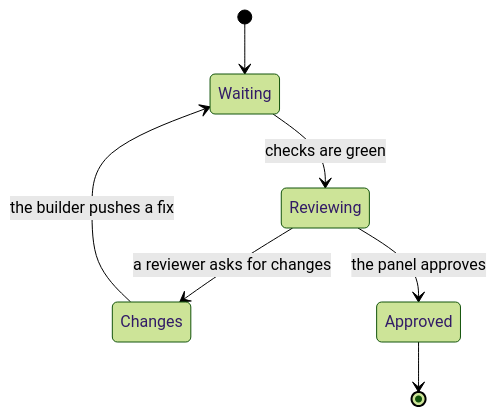
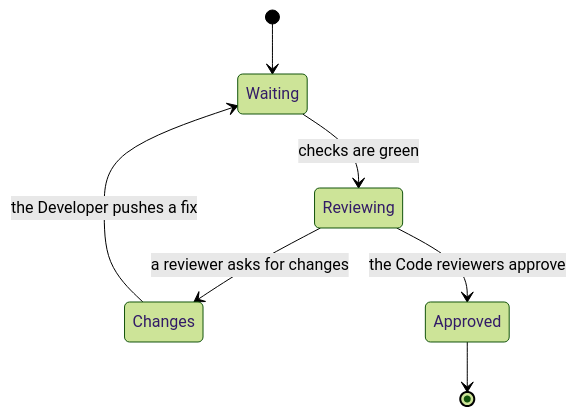
One commit to shinyredapples/intakt changed the fifth of 5 diagrams in docs/guide/symfony-in-intakt.md. Above: the diagram before and after it, drawn with Mermaid (forest theme). The commit also changed 22 other files, not shown here.

````diff
--- a/docs/guide/symfony-in-intakt.md
+++ b/docs/guide/symfony-in-intakt.md
@@ -109,9 +109,9 @@
 ```mermaid
 stateDiagram-v2
   [*] --> Waiting
   Waiting --> Reviewing: checks are green
   Reviewing --> Changes: a reviewer asks for changes
-  Changes --> Waiting: the builder pushes a fix
-  Reviewing --> Approved: the panel approves
+  Changes --> Waiting: the Developer pushes a fix
+  Reviewing --> Approved: the Code reviewers approve
   Approved --> [*]
 ```
````
